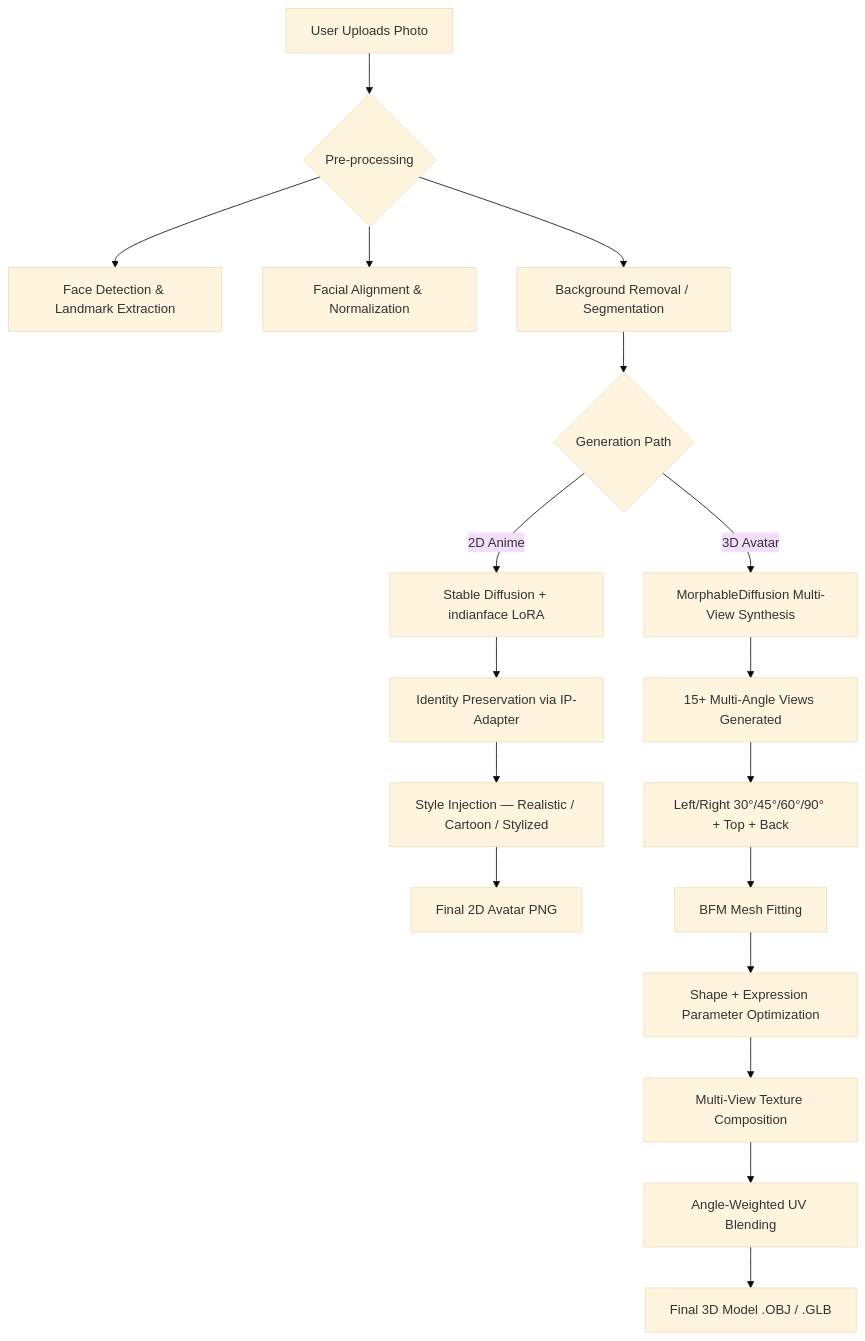
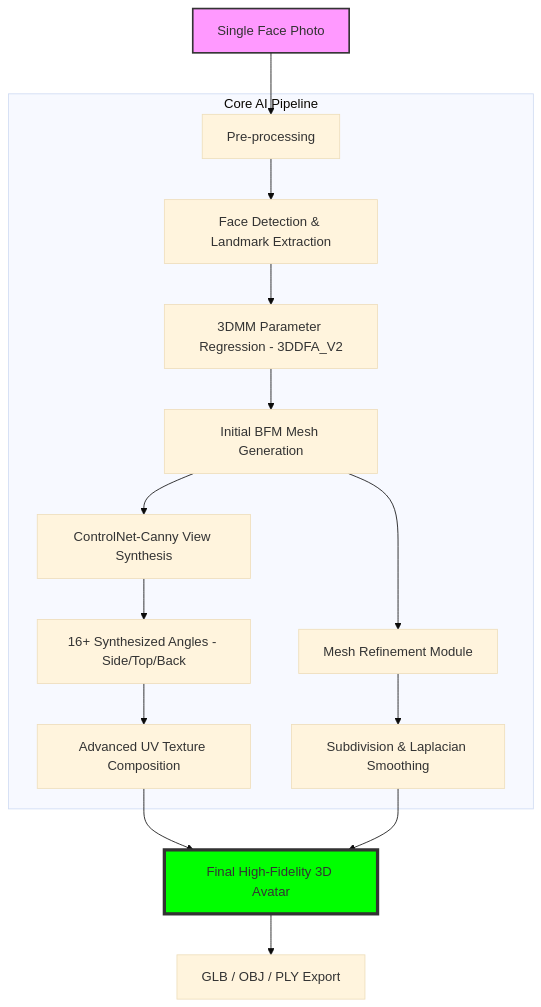
Before and after one commit to Dhruvil1308/Single-Image-to-Stylized-3D: the first of 2 diagrams in README.md, drawn with Mermaid (base theme). The commit also changed other lines of this file and 1 other file, not shown here.

````diff
--- a/README.md
+++ b/README.md
@@ -20,23 +24,28 @@
 ```mermaid
 graph TD
-    A[User Uploads Photo] --> B{Pre-processing}
-    B --> B1[Face Detection & Landmark Extraction]
-    B --> B2[Facial Alignment & Normalization]
-    B --> B3[Background Removal / Segmentation]
+    %% Input Layer
+    IN[Single Face Photo] --> PRE[Pre-processing]
+    
+    subgraph "Core AI Pipeline"
+    PRE --> DET[Face Detection & Landmark Extraction]
+    DET --> RECON[3DMM Parameter Regression - 3DDFA_V2]
+    RECON --> BASE_MESH[Initial BFM Mesh Generation]
+    
+    %% Multi-View Synthesis
+    BASE_MESH --> SYNTH[ControlNet-Canny View Synthesis]
+    SYNTH --> VIEWS["16+ Synthesized Angles - Side/Top/Back"]
+    
+    %% Refinement Layer
+    VIEWS --> TEX[Advanced UV Texture Composition]
+    BASE_MESH --> MESH_REF[Mesh Refinement Module]
+    MESH_REF --> SUBDIV[Subdivision & Laplacian Smoothing]
+    end
+    
+    %% Export Layer
+    TEX --> FINAL[Final High-Fidelity 3D Avatar]
+    SUBDIV --> FINAL
+    FINAL --> OUT[GLB / OBJ / PLY Export]
 
-    B3 --> C{Generation Path}
-
-    C -->|2D Anime| D[Stable Diffusion + indianface LoRA]
-    D --> D1[Identity Preservation via IP-Adapter]
-    D1 --> D2[Style Injection — Realistic / Cartoon / Stylized]
-    D2 --> E[Final 2D Avatar PNG]
-
-    C -->|3D Avatar| F[MorphableDiffusion Multi-View Synthesis]
-    F --> F1["15+ Multi-Angle Views Generated"]
-    F1 --> F2["Left/Right 30°/45°/60°/90° + Top + Back"]
-    F2 --> G[BFM Mesh Fitting]
-    G --> G1[Shape + Expression Parameter Optimization]
-    G1 --> G2["Multi-View Texture Composition"]
-    G2 --> G3["Angle-Weighted UV Blending"]
-    G3 --> H[Final 3D Model .OBJ / .GLB]
+    style IN fill:#f9f,stroke:#333,stroke-width:2px
+    style FINAL fill:#00ff00,stroke:#333,stroke-width:4px
 ```
````
